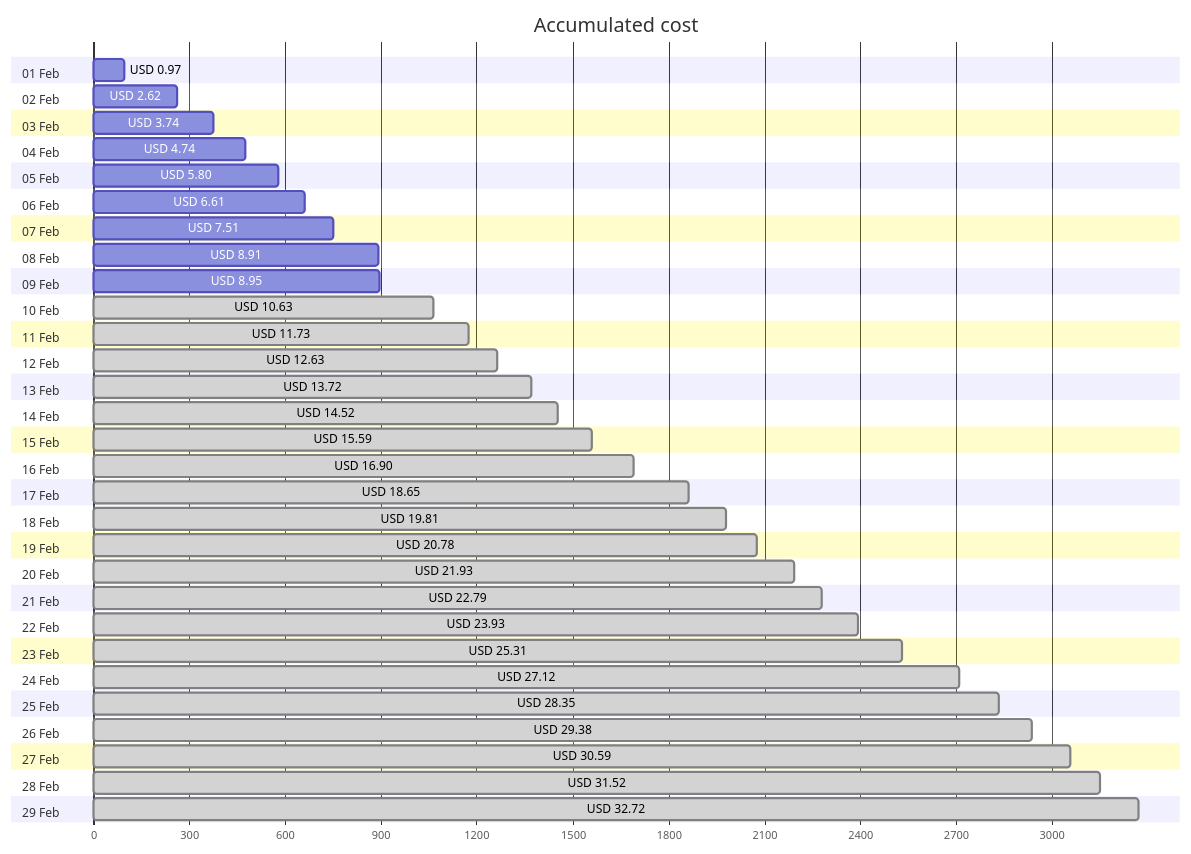
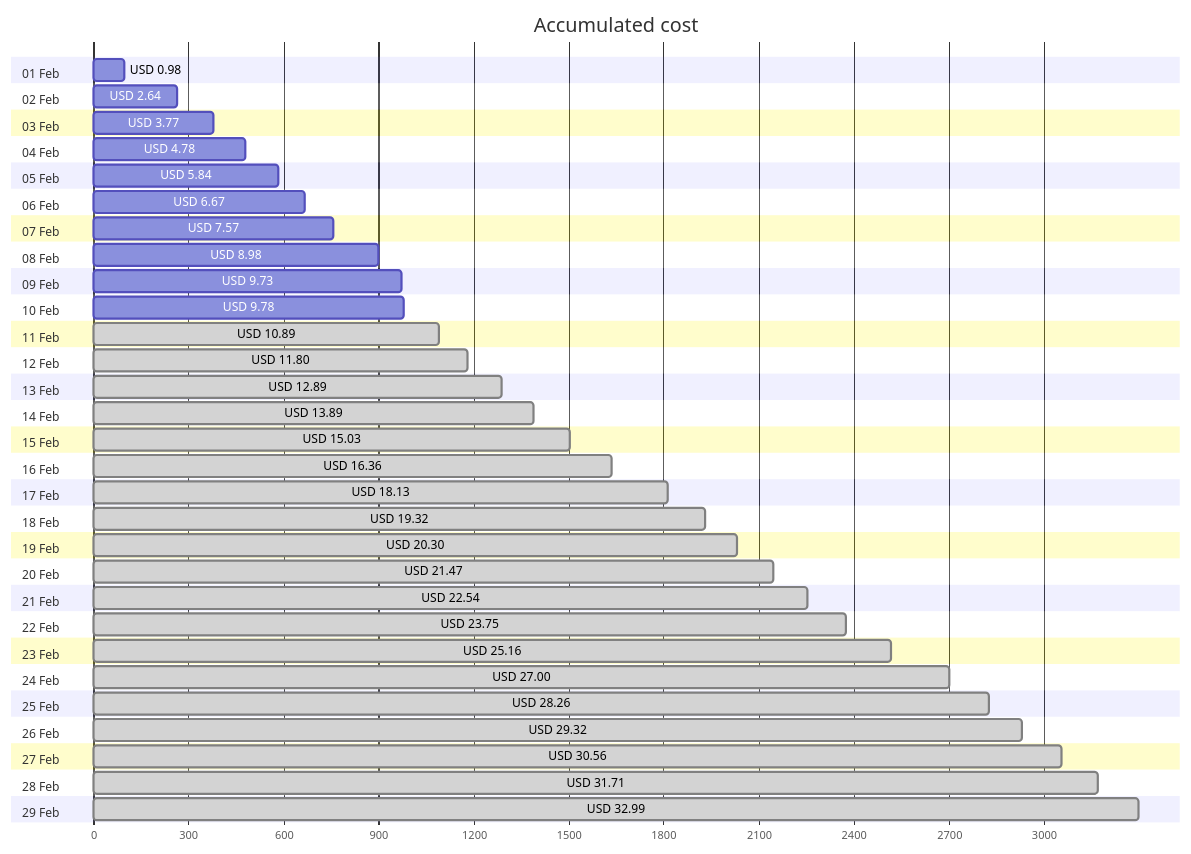
Before and after one commit to jpfulton/azure-personal-reports: the first of 4 diagrams in cost-reports/personal-network/vpn-server.md, drawn with Mermaid. The commit also changed other lines of this file and 8 other files, not shown here.

````diff
--- a/cost-reports/personal-network/vpn-server.md
+++ b/cost-reports/personal-network/vpn-server.md
@@ -20,64 +20,64 @@
 ```mermaid
 gantt
    title Accumulated cost
    dateFormat  X
    axisFormat %s
    section 01 Feb
-   USD 0.97 :0, 97
+   USD 0.98 :0, 98
    section 02 Feb
-   USD 2.62 :0, 262
+   USD 2.64 :0, 264
    section 03 Feb
-   USD 3.74 :0, 374
+   USD 3.77 :0, 377
    section 04 Feb
-   USD 4.74 :0, 474
+   USD 4.78 :0, 478
    section 05 Feb
-   USD 5.80 :0, 580
+   USD 5.84 :0, 584
    section 06 Feb
-   USD 6.61 :0, 661
+   USD 6.67 :0, 667
    section 07 Feb
-   USD 7.51 :0, 751
+   USD 7.57 :0, 757
    section 08 Feb
-   USD 8.91 :0, 891
+   USD 8.98 :0, 898
    section 09 Feb
-   USD 8.95 :0, 895
+   USD 9.73 :0, 973
    section 10 Feb
-   USD 10.63 : done, 0, 1063
+   USD 9.78 :0, 978
    section 11 Feb
-   USD 11.73 : done, 0, 1173
+   USD 10.89 : done, 0, 1089
    section 12 Feb
-   USD 12.63 : done, 0, 1263
+   USD 11.80 : done, 0, 1180
    section 13 Feb
-   USD 13.72 : done, 0, 1372
+   USD 12.89 : done, 0, 1289
    section 14 Feb
-   USD 14.52 : done, 0, 1452
+   USD 13.89 : done, 0, 1389
    section 15 Feb
-   USD 15.59 : done, 0, 1559
+   USD 15.03 : done, 0, 1503
    section 16 Feb
-   USD 16.90 : done, 0, 1690
+   USD 16.36 : done, 0, 1636
    section 17 Feb
-   USD 18.65 : done, 0, 1865
+   USD 18.13 : done, 0, 1813
    section 18 Feb
-   USD 19.81 : done, 0, 1981
+   USD 19.32 : done, 0, 1932
    section 19 Feb
-   USD 20.78 : done, 0, 2078
+   USD 20.30 : done, 0, 2030
    section 20 Feb
-   USD 21.93 : done, 0, 2193
+   USD 21.47 : done, 0, 2147
    section 21 Feb
-   USD 22.79 : done, 0, 2279
+   USD 22.54 : done, 0, 2254
    section 22 Feb
-   USD 23.93 : done, 0, 2393
+   USD 23.75 : done, 0, 2375
    section 23 Feb
-   USD 25.31 : done, 0, 2531
+   USD 25.16 : done, 0, 2516
    section 24 Feb
-   USD 27.12 : done, 0, 2712
+   USD 27.00 : done, 0, 2700
    section 25 Feb
-   USD 28.35 : done, 0, 2835
+   USD 28.26 : done, 0, 2826
    section 26 Feb
-   USD 29.38 : done, 0, 2938
+   USD 29.32 : done, 0, 2932
    section 27 Feb
-   USD 30.59 : done, 0, 3059
+   USD 30.56 : done, 0, 3056
    section 28 Feb
-   USD 31.52 : done, 0, 3152
+   USD 31.71 : done, 0, 3171
    section 29 Feb
-   USD 32.72 : done, 0, 3272
+   USD 32.99 : done, 0, 3299
 ```
````
